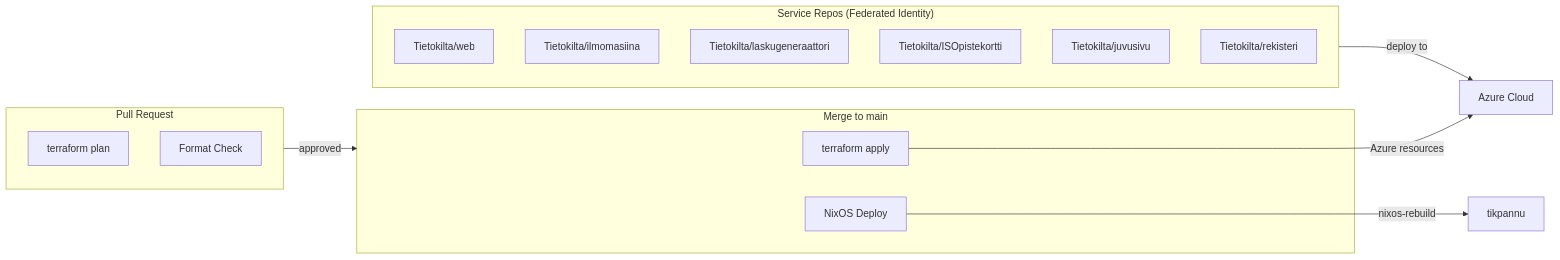
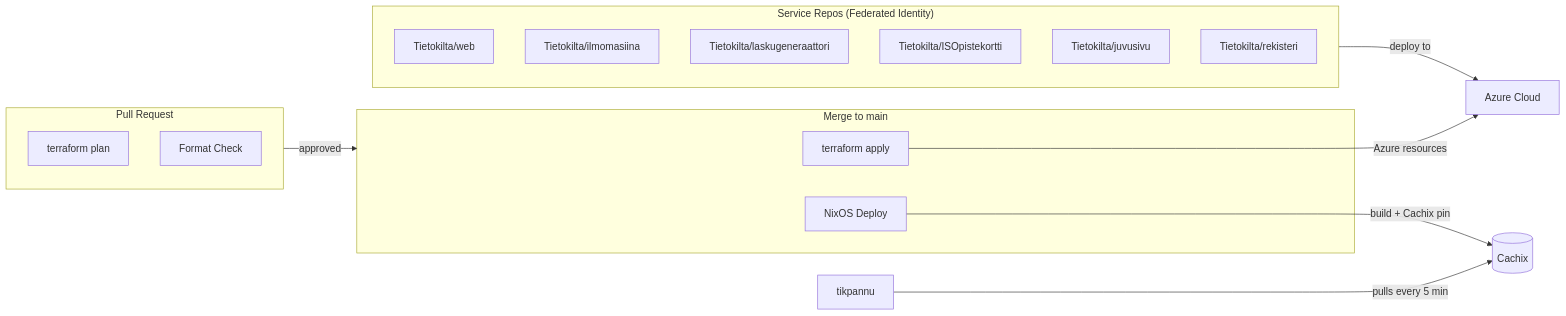
One commit to Tietokilta/infra changed the fourth of 4 diagrams in docs/ARCHITECTURE.md. Above: the diagram before and after it, drawn with Mermaid. The commit also changed other lines of this file and 12 other files, not shown here.

````diff
--- a/docs/ARCHITECTURE.md
+++ b/docs/ARCHITECTURE.md
@@ -96,26 +96,27 @@
 ```mermaid
 graph LR
     subgraph PR["Pull Request"]
         Plan[terraform plan]
         Format[Format Check]
     end
 
     subgraph Main["Merge to main"]
         Apply[terraform apply]
         Deploy[NixOS Deploy]
     end
 
     subgraph Apps["Service Repos (Federated Identity)"]
         Web[Tietokilta/web]
         Ilmo[Tietokilta/ilmomasiina]
         Lasku[Tietokilta/laskugeneraattori]
         Iso[Tietokilta/ISOpistekortti]
         Juvu[Tietokilta/juvusivu]
         Reg[Tietokilta/rekisteri]
     end
 
     PR -->|approved| Main
     Apply -->|Azure resources| Azure[Azure Cloud]
-    Deploy -->|nixos-rebuild| Pannu[tikpannu]
+    Deploy -->|build + Cachix pin| Cachix[(Cachix)]
+    Pannu[tikpannu] -->|pulls every 5 min| Cachix
     Apps -->|deploy to| Azure
 ```
````
